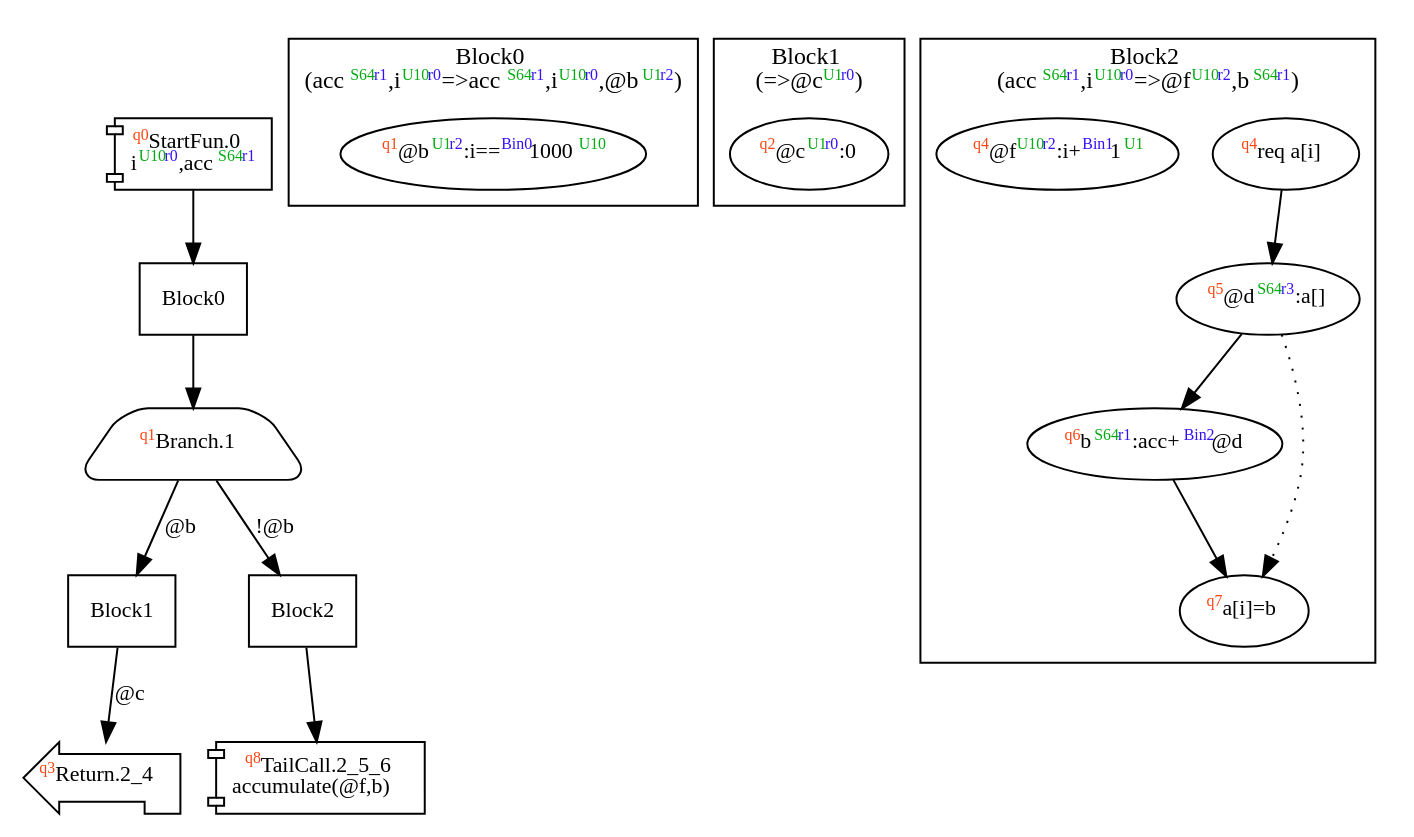
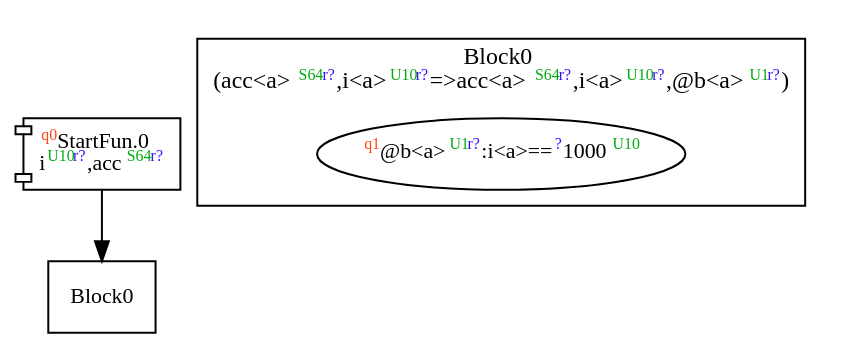
Before and after one commit to akouryy/SyntheScala: the diagram in dist/accumulate.dot, drawn with Graphviz. The commit also changed 18 other files, not shown here.

```diff
--- a/dist/accumulate.dot
+++ b/dist/accumulate.dot
@@ -1,44 +1,13 @@
 digraph Program_ {
   graph [fontname = "Monaco", fontsize = 12, ranksep = 0.5];
   node [shape = box, fontname = "Monaco", fontsize = 11; colorscheme = pastel19];
   edge [fontname = "Monaco", fontsize = 11; colorscheme = pastel19];
-  Jump0[label = <<font color="#ff4411" point-size="8"><sup>q0</sup></font>StartFun.0<br/>i<font color="#00aa11" point-size="8"><sup>U10</sup></font><font color="#3311ff" point-size="8"><sup>r0</sup></font>,acc<font color="#00aa11" point-size="8"><sup>S64</sup></font><font color="#3311ff" point-size="8"><sup>r1</sup></font>>; shape = component];
+  Jump0[label = <<font color="#ff4411" point-size="8"><sup>q0</sup></font>StartFun.0<br/>i<font color="#00aa11" point-size="8"><sup>U10</sup></font><font color="#3311ff" point-size="8"><sup>r?</sup></font>,acc<font color="#00aa11" point-size="8"><sup>S64</sup></font><font color="#3311ff" point-size="8"><sup>r?</sup></font>>; shape = component];
   Jump0 -> Block0;
-  Jump1[
-    label = <<font color="#ff4411" point-size="8"><sup>q1</sup></font>Branch.1>;
-    shape = trapezium; style = rounded;
-  ];
-  Block0 -> Jump1;
-  Jump1 -> Block1 [label="@b"];
-  Jump1 -> Block2 [label="!@b"];
-  Jump2_4[label = <<font color="#ff4411" point-size="8"><sup>q3</sup></font>Return.2_4>; shape = lpromoter];
-  Block1 -> Jump2_4 [label="@c"];
-  Jump2_5_6[label = <<font color="#ff4411" point-size="8"><sup>q8</sup></font>TailCall.2_5_6<br/>accumulate(@f,b)>; shape = component];
-  Block2 -> Jump2_5_6;
   Block0 [label = "Block0"];
-  Block1 [label = "Block1"];
-  Block2 [label = "Block2"];
   subgraph cluster_dfg_Block0 {
     node [shape = oval];
-    label = <Block0<br/>(acc<font color="#00aa11" point-size="8"><sup>S64</sup></font><font color="#3311ff" point-size="8"><sup>r1</sup></font>,i<font color="#00aa11" point-size="8"><sup>U10</sup></font><font color="#3311ff" point-size="8"><sup>r0</sup></font>=&gt;acc<font color="#00aa11" point-size="8"><sup>S64</sup></font><font color="#3311ff" point-size="8"><sup>r1</sup></font>,i<font color="#00aa11" point-size="8"><sup>U10</sup></font><font color="#3311ff" point-size="8"><sup>r0</sup></font>,@b<font color="#00aa11" point-size="8"><sup>U1</sup></font><font color="#3311ff" point-size="8"><sup>r2</sup></font>)>;
-    1 [label=<<font color="#ff4411" point-size="8"><sup>q1</sup></font>@b<font color="#00aa11" point-size="8"><sup>U1</sup></font><font color="#3311ff" point-size="8"><sup>r2</sup></font>:i==<font color="#3311ff" point-size="8"><sup>Bin0</sup></font>1000<font color="#00aa11" point-size="8"><sup>U10</sup></font>>];
-  }
-  subgraph cluster_dfg_Block1 {
-    node [shape = oval];
-    label = <Block1<br/>(=&gt;@c<font color="#00aa11" point-size="8"><sup>U1</sup></font><font color="#3311ff" point-size="8"><sup>r0</sup></font>)>;
-    2 [label=<<font color="#ff4411" point-size="8"><sup>q2</sup></font>@c<font color="#00aa11" point-size="8"><sup>U1</sup></font><font color="#3311ff" point-size="8"><sup>r0</sup></font>:0>];
-  }
-  subgraph cluster_dfg_Block2 {
-    node [shape = oval];
-    label = <Block2<br/>(acc<font color="#00aa11" point-size="8"><sup>S64</sup></font><font color="#3311ff" point-size="8"><sup>r1</sup></font>,i<font color="#00aa11" point-size="8"><sup>U10</sup></font><font color="#3311ff" point-size="8"><sup>r0</sup></font>=&gt;@f<font color="#00aa11" point-size="8"><sup>U10</sup></font><font color="#3311ff" point-size="8"><sup>r2</sup></font>,b<font color="#00aa11" point-size="8"><sup>S64</sup></font><font color="#3311ff" point-size="8"><sup>r1</sup></font>)>;
-    5 [label=<<font color="#ff4411" point-size="8"><sup>q6</sup></font>b<font color="#00aa11" point-size="8"><sup>S64</sup></font><font color="#3311ff" point-size="8"><sup>r1</sup></font>:acc+<font color="#3311ff" point-size="8"><sup>Bin2</sup></font>@d>];
-    6 [label=<<font color="#ff4411" point-size="8"><sup>q7</sup></font>a[i]=b>];
-    3 [label=<<font color="#ff4411" point-size="8"><sup>q4</sup></font>req a[i]>];
-    8 [label=<<font color="#ff4411" point-size="8"><sup>q4</sup></font>@f<font color="#00aa11" point-size="8"><sup>U10</sup></font><font color="#3311ff" point-size="8"><sup>r2</sup></font>:i+<font color="#3311ff" point-size="8"><sup>Bin1</sup></font>1<font color="#00aa11" point-size="8"><sup>U1</sup></font>>];
-    4 [label=<<font color="#ff4411" point-size="8"><sup>q5</sup></font>@d<font color="#00aa11" point-size="8"><sup>S64</sup></font><font color="#3311ff" point-size="8"><sup>r3</sup></font>:a[]>];
-    4 -> 5;
-    5 -> 6;
-    3 -> 4 [style = solid];
-    4 -> 6 [style = dotted];
+    label = <Block0<br/>(acc&lt;a&gt;<font color="#00aa11" point-size="8"><sup>S64</sup></font><font color="#3311ff" point-size="8"><sup>r?</sup></font>,i&lt;a&gt;<font color="#00aa11" point-size="8"><sup>U10</sup></font><font color="#3311ff" point-size="8"><sup>r?</sup></font>=&gt;acc&lt;a&gt;<font color="#00aa11" point-size="8"><sup>S64</sup></font><font color="#3311ff" point-size="8"><sup>r?</sup></font>,i&lt;a&gt;<font color="#00aa11" point-size="8"><sup>U10</sup></font><font color="#3311ff" point-size="8"><sup>r?</sup></font>,@b&lt;a&gt;<font color="#00aa11" point-size="8"><sup>U1</sup></font><font color="#3311ff" point-size="8"><sup>r?</sup></font>)>;
+    1 [label=<<font color="#ff4411" point-size="8"><sup>q1</sup></font>@b&lt;a&gt;<font color="#00aa11" point-size="8"><sup>U1</sup></font><font color="#3311ff" point-size="8"><sup>r?</sup></font>:i&lt;a&gt;==<font color="#3311ff" point-size="8"><sup>?</sup></font>1000<font color="#00aa11" point-size="8"><sup>U10</sup></font>>];
   }
 }
```
